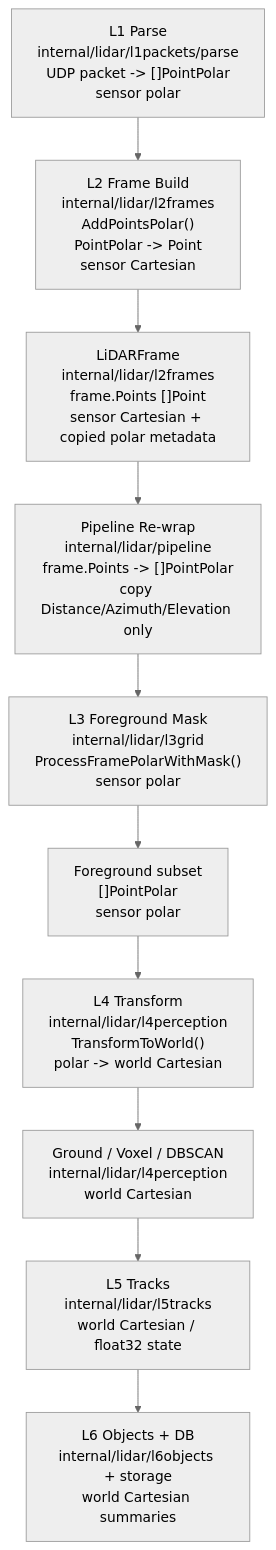
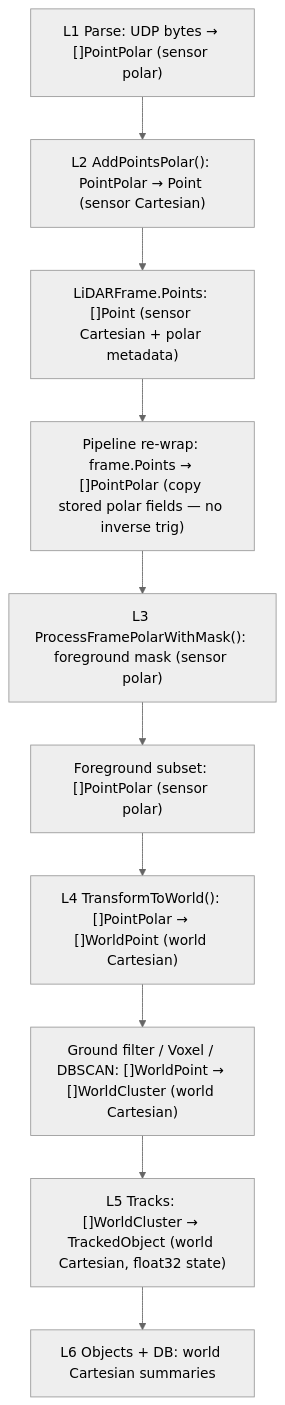
Before and after one commit to banshee-data/velocity.report: the first of 2 diagrams in docs/lidar/architecture/20260311-coordinate-flow-audit.md, drawn with Mermaid (neutral theme). The commit also changed other lines of this file, not shown here.

Commit message:
[docs] enhance flowchart descriptions for clarity in LiDAR coordinate processing

````diff
--- a/docs/lidar/architecture/20260311-coordinate-flow-audit.md
+++ b/docs/lidar/architecture/20260311-coordinate-flow-audit.md
@@ -35,12 +35,12 @@
 ```mermaid
 flowchart TD
-    A["L1 Parse\ninternal/lidar/l1packets/parse\nUDP packet -> []PointPolar\nsensor polar"] --> B["L2 Frame Build\ninternal/lidar/l2frames\nAddPointsPolar()\nPointPolar -> Point\nsensor Cartesian"]
-    B --> C["LiDARFrame\ninternal/lidar/l2frames\nframe.Points []Point\nsensor Cartesian + copied polar metadata"]
-    C --> D["Pipeline Re-wrap\ninternal/lidar/pipeline\nframe.Points -> []PointPolar\ncopy Distance/Azimuth/Elevation only"]
-    D --> E["L3 Foreground Mask\ninternal/lidar/l3grid\nProcessFramePolarWithMask()\nsensor polar"]
-    E --> F["Foreground subset\n[]PointPolar\nsensor polar"]
-    F --> G["L4 Transform\ninternal/lidar/l4perception\nTransformToWorld()\npolar -> world Cartesian"]
-    G --> H["Ground / Voxel / DBSCAN\ninternal/lidar/l4perception\nworld Cartesian"]
-    H --> I["L5 Tracks\ninternal/lidar/l5tracks\nworld Cartesian / float32 state"]
-    I --> J["L6 Objects + DB\ninternal/lidar/l6objects + storage\nworld Cartesian summaries"]
+    A["L1 Parse: UDP bytes → []PointPolar (sensor polar)"] --> B["L2 AddPointsPolar(): PointPolar → Point (sensor Cartesian)"]
+    B --> C["LiDARFrame.Points: []Point (sensor Cartesian + polar metadata)"]
+    C --> D["Pipeline re-wrap: frame.Points → []PointPolar (copy stored polar fields — no inverse trig)"]
+    D --> E["L3 ProcessFramePolarWithMask(): foreground mask (sensor polar)"]
+    E --> F["Foreground subset: []PointPolar (sensor polar)"]
+    F --> G["L4 TransformToWorld(): []PointPolar → []WorldPoint (world Cartesian)"]
+    G --> H["Ground filter / Voxel / DBSCAN: []WorldPoint → []WorldCluster (world Cartesian)"]
+    H --> I["L5 Tracks: []WorldCluster → TrackedObject (world Cartesian, float32 state)"]
+    I --> J["L6 Objects + DB: world Cartesian summaries"]
 ```
````
